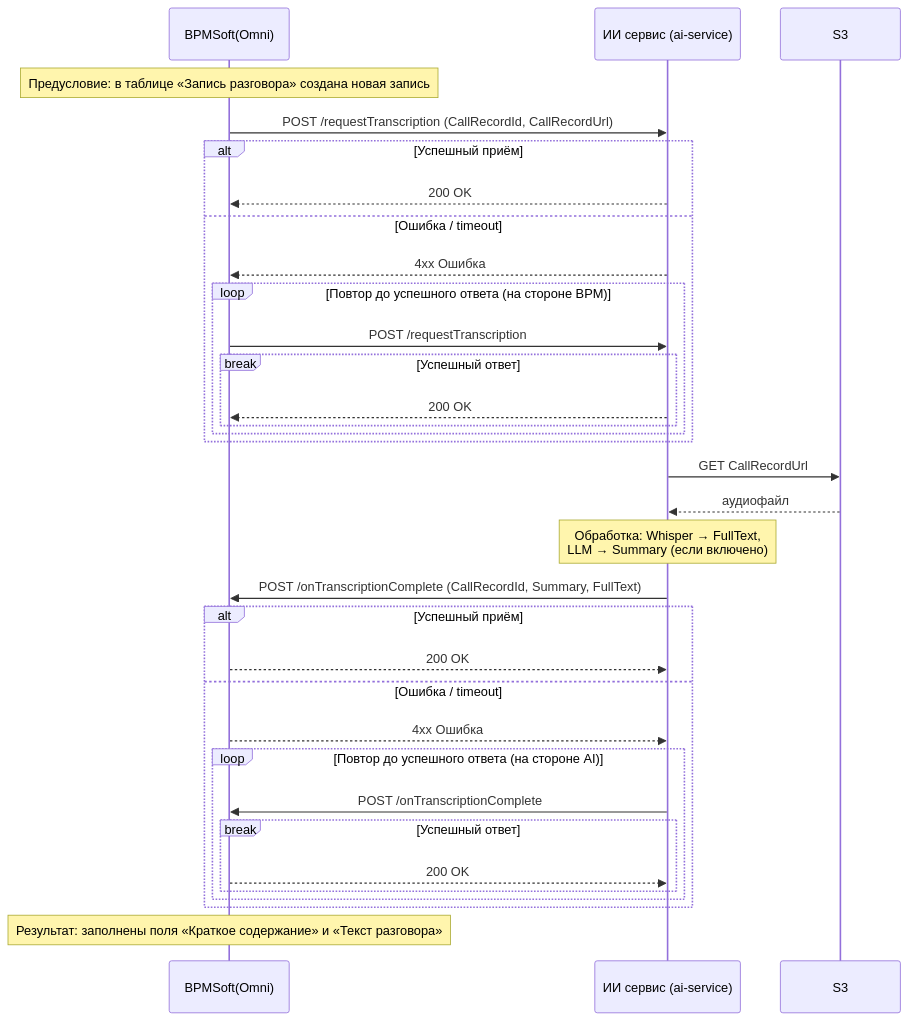
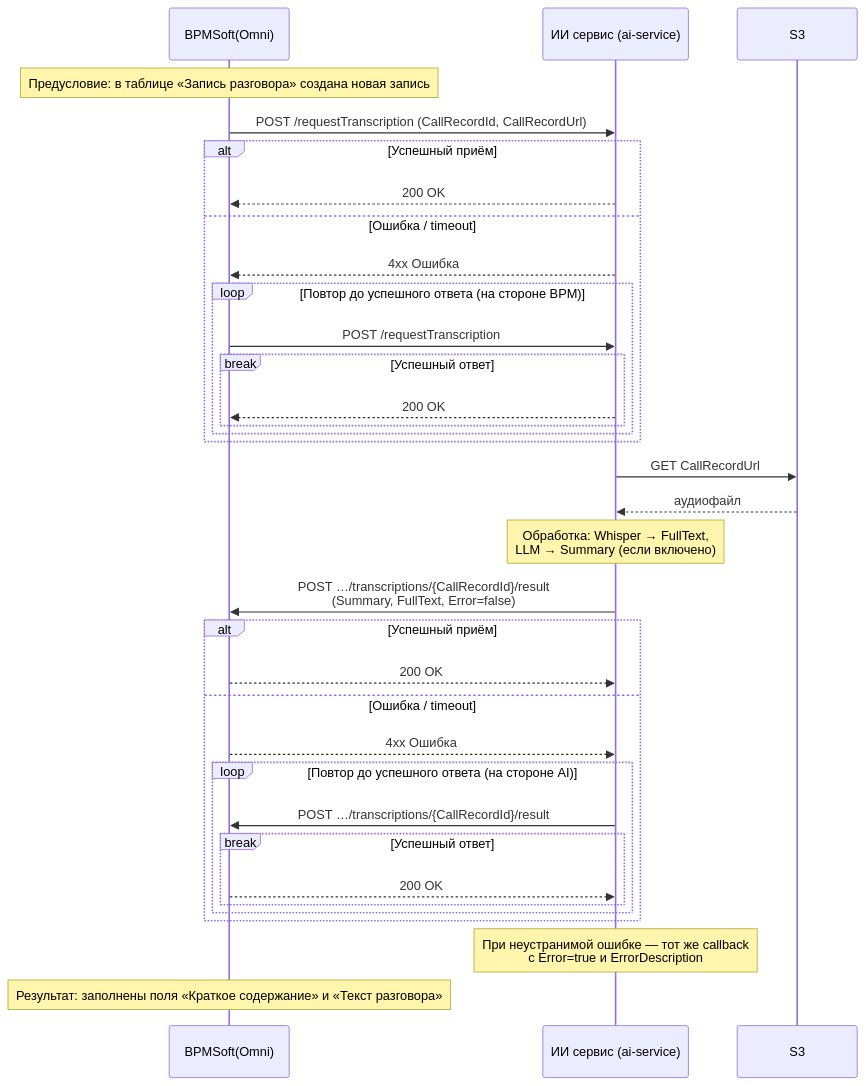
Before and after one commit to vjiastelin/ai-stt: the diagram in docs/superpowers/specs/2026-07-06-ai-stt-bpm-integration-design.md, drawn with Mermaid. The commit also changed other lines of this file and 14 other files, not shown here.

First line of the commit message:
feat: report transcription results to BPM result endpoint with CSRF + failures (#14)

````diff
--- a/docs/superpowers/specs/2026-07-06-ai-stt-bpm-integration-design.md
+++ b/docs/superpowers/specs/2026-07-06-ai-stt-bpm-integration-design.md
@@ -18,40 +18,42 @@
 ```mermaid
 sequenceDiagram
     participant BPM as BPMSoft(Omni)
     participant AI as ИИ сервис (ai-service)
     participant S3
 
     Note over BPM: Предусловие: в таблице «Запись разговора» создана новая запись
 
     BPM->>AI: POST /requestTranscription (CallRecordId, CallRecordUrl)
     alt Успешный приём
         AI-->>BPM: 200 OK
     else Ошибка / timeout
         AI-->>BPM: 4xx Ошибка
         loop Повтор до успешного ответа (на стороне BPM)
             BPM->>AI: POST /requestTranscription
             break Успешный ответ
                 AI-->>BPM: 200 OK
             end
         end
     end
 
     AI->>S3: GET CallRecordUrl
     S3-->>AI: аудиофайл
     Note over AI: Обработка: Whisper → FullText,<br/>LLM → Summary (если включено)
 
-    AI->>BPM: POST /onTranscriptionComplete (CallRecordId, Summary, FullText)
+    AI->>BPM: POST …/transcriptions/{CallRecordId}/result<br/>(Summary, FullText, Error=false)
     alt Успешный приём
         BPM-->>AI: 200 OK
     else Ошибка / timeout
         BPM-->>AI: 4xx Ошибка
         loop Повтор до успешного ответа (на стороне AI)
-            AI->>BPM: POST /onTranscriptionComplete
+            AI->>BPM: POST …/transcriptions/{CallRecordId}/result
             break Успешный ответ
                 BPM-->>AI: 200 OK
             end
         end
     end
 
+    Note over AI: При неустранимой ошибке — тот же callback<br/>с Error=true и ErrorDescription
+
     Note over BPM: Результат: заполнены поля «Краткое содержание» и «Текст разговора»
 ```
````
